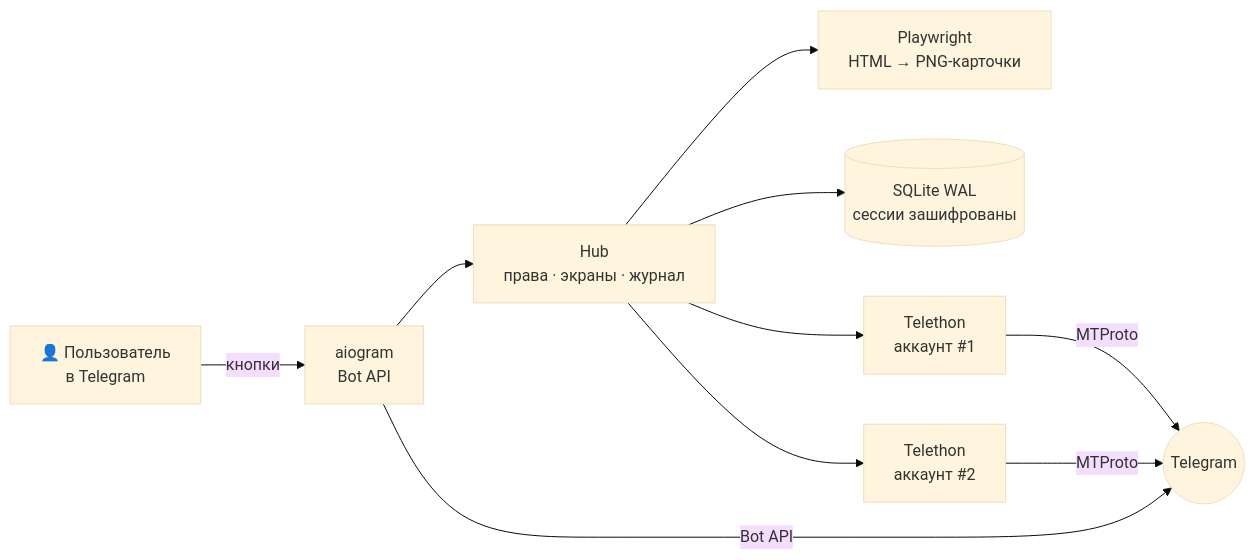
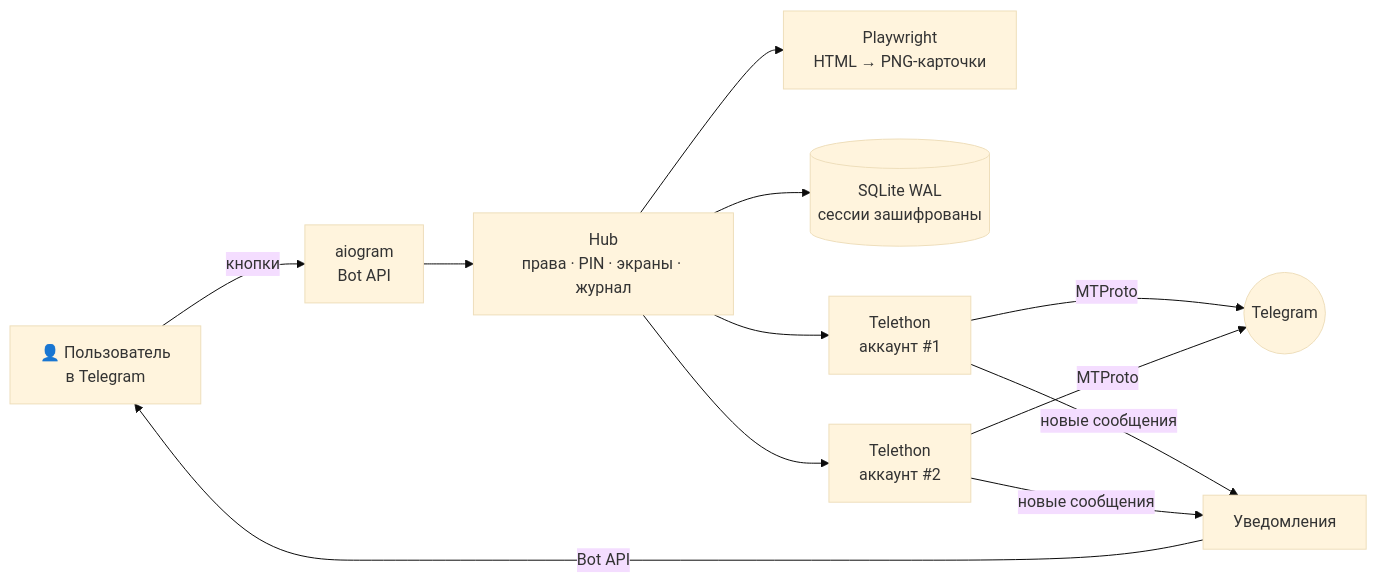
One commit to leath0r/account-hub changed the diagram in README.md. Above: the diagram before and after it, drawn with Mermaid (base theme). The commit also changed other lines of this file and 62 other files, not shown here.

First line of the commit message:
v0.2.0: уведомления, вложения, реакции, пересылка, PIN, английский, Docker

````diff
--- a/README.md
+++ b/README.md
@@ -57,12 +72,14 @@
 ```mermaid
 flowchart LR
     U["👤 Пользователь<br/>в Telegram"] -- "кнопки" --> B["aiogram<br/>Bot API"]
-    B --> H["Hub<br/>права · экраны · журнал"]
+    B --> H["Hub<br/>права · PIN · экраны · журнал"]
     H --> R["Playwright<br/>HTML → PNG-карточки"]
     H --> D[("SQLite WAL<br/>сессии зашифрованы")]
     H --> A1["Telethon<br/>аккаунт #1"]
     H --> A2["Telethon<br/>аккаунт #2"]
+    A1 -- "новые сообщения" --> N["Уведомления"]
+    A2 -- "новые сообщения" --> N
+    N -- Bot API --> U
     A1 -- MTProto --> TG(("Telegram"))
     A2 -- MTProto --> TG
-    B -- Bot API --> TG
 ```
````
